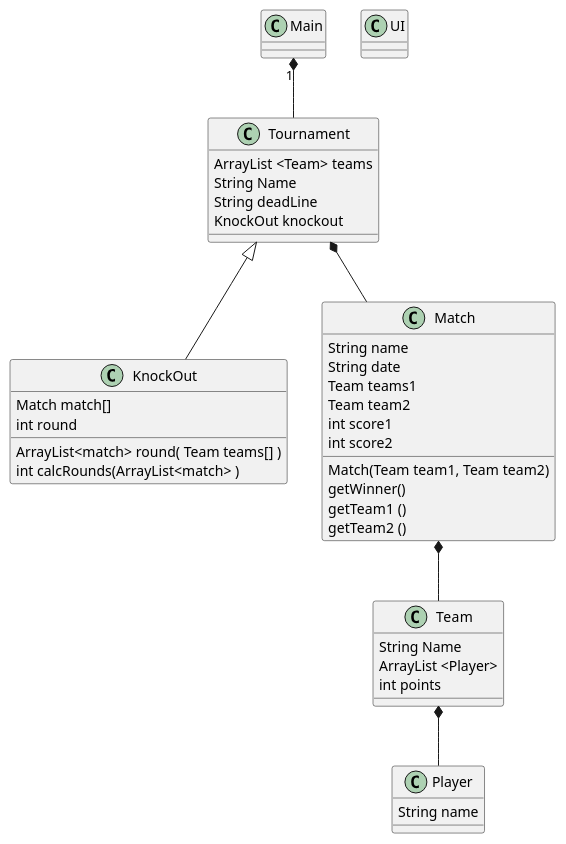
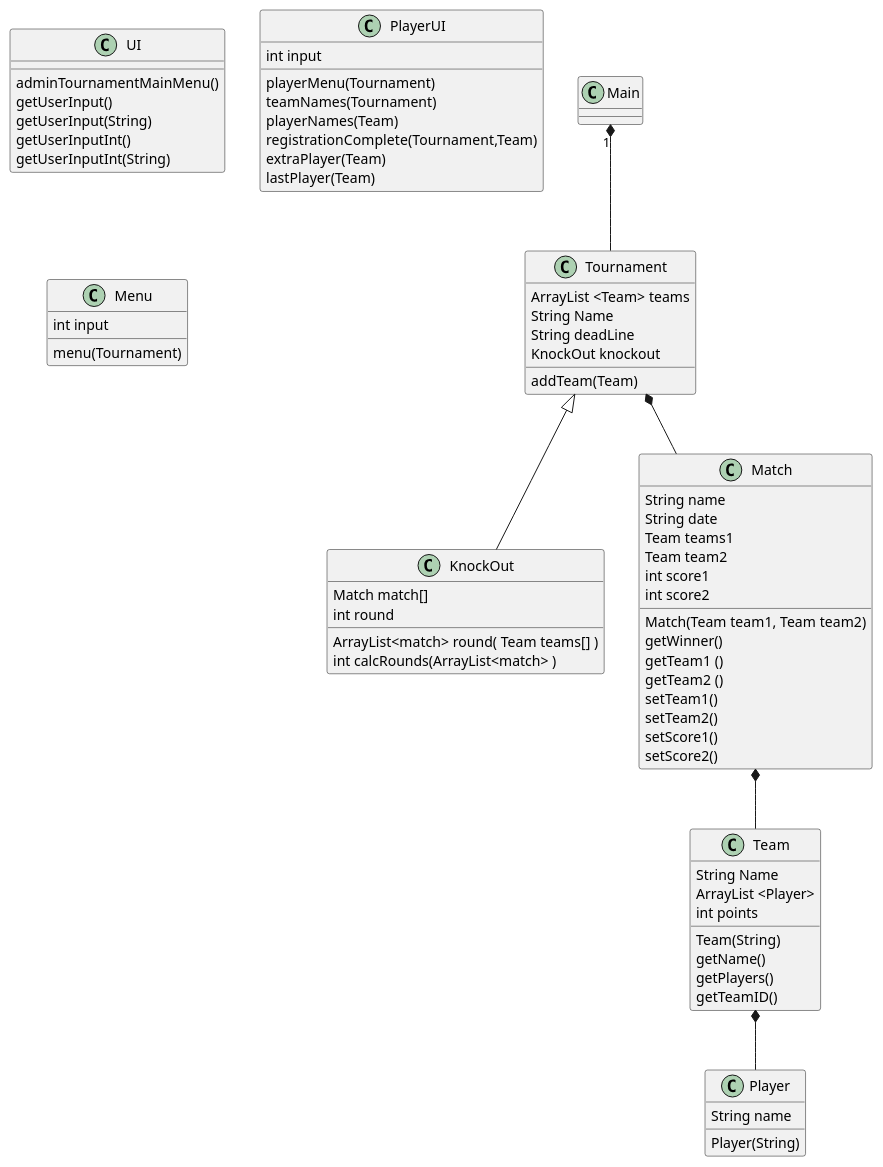
One commit to krisdanoda/Sp3-bordfodboldturnering changed the diagram in PlantUML/ClassDiagram.puml. Above: the diagram before and after it, drawn with PlantUML.

```diff
--- a/PlantUML/ClassDiagram.puml
+++ b/PlantUML/ClassDiagram.puml
@@ -1,62 +1,89 @@
 @startuml
 'https://plantuml.com/class-diagram
 
 
 
 class Tournament
 'class Foosball
 'class GroupTournament
 class KnockOut
 class Player
 class Match
 class Team
 class UI
+class PlayerUI
+class Menu
 
 
 
 Main "1" *-- Tournament
 Tournament <|-- KnockOut
 
 'Tournament <-- Foosball
 'Foosball <|-- KnockOut
 'Foosball <|-- GroupTournament
 
 Tournament *-- Match
 'GroupTournament *-- Match
 
 Match *-- Team
 Team *-- Player
 
 Tournament : ArrayList <Team> teams
 Tournament : String Name
 Tournament : String deadLine
 Tournament : KnockOut knockout
-
+Tournament : addTeam(Team)
 
 KnockOut : Match match[]
 KnockOut : ArrayList<match> round( Team teams[] )
 KnockOut : int round
 KnockOut : int calcRounds(ArrayList<match> )
 
 
 'Team array maybe?
 Match : String name
 Match : String date
 Match : Team teams1
 Match : Team team2
 Match : int score1
 Match : int score2
 Match : Match(Team team1, Team team2)
 
 Match : getWinner()
 Match : getTeam1 ()
 Match : getTeam2 ()
+Match : setTeam1()
+Match : setTeam2()
+Match : setScore1()
+Match : setScore2()
 
 Team : String Name
 Team : ArrayList <Player>
 Team : int points
+Team : Team(String)
+Team : getName()
+Team : getPlayers()
+Team : getTeamID()
 
 Player : String name
+Player : Player(String)
 
+UI : adminTournamentMainMenu()
+UI : getUserInput()
+UI : getUserInput(String)
+UI : getUserInputInt()
+UI : getUserInputInt(String)
+
+Menu : int input
+Menu : menu(Tournament)
+
+PlayerUI : int input
+PlayerUI : playerMenu(Tournament)
+PlayerUI : teamNames(Tournament)
+PlayerUI : playerNames(Team)
+PlayerUI : registrationComplete(Tournament,Team)
+PlayerUI : extraPlayer(Team)
+PlayerUI : lastPlayer(Team)
 
 @enduml
```
